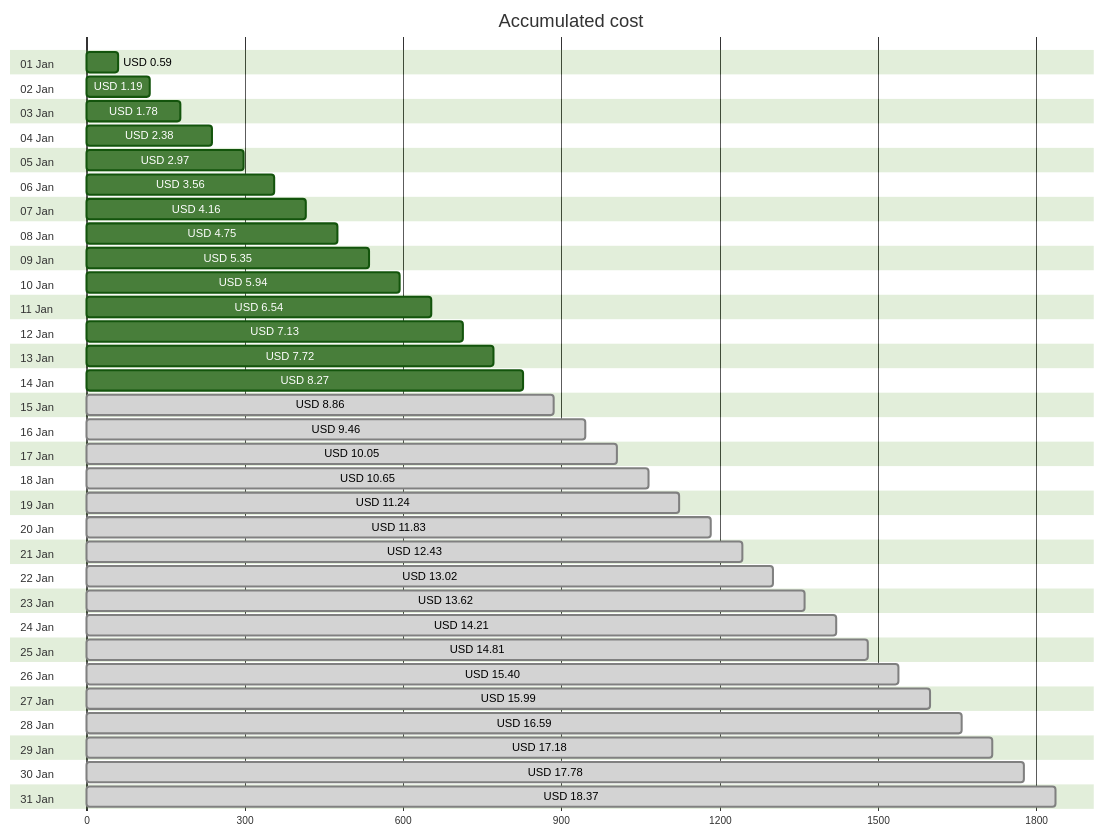
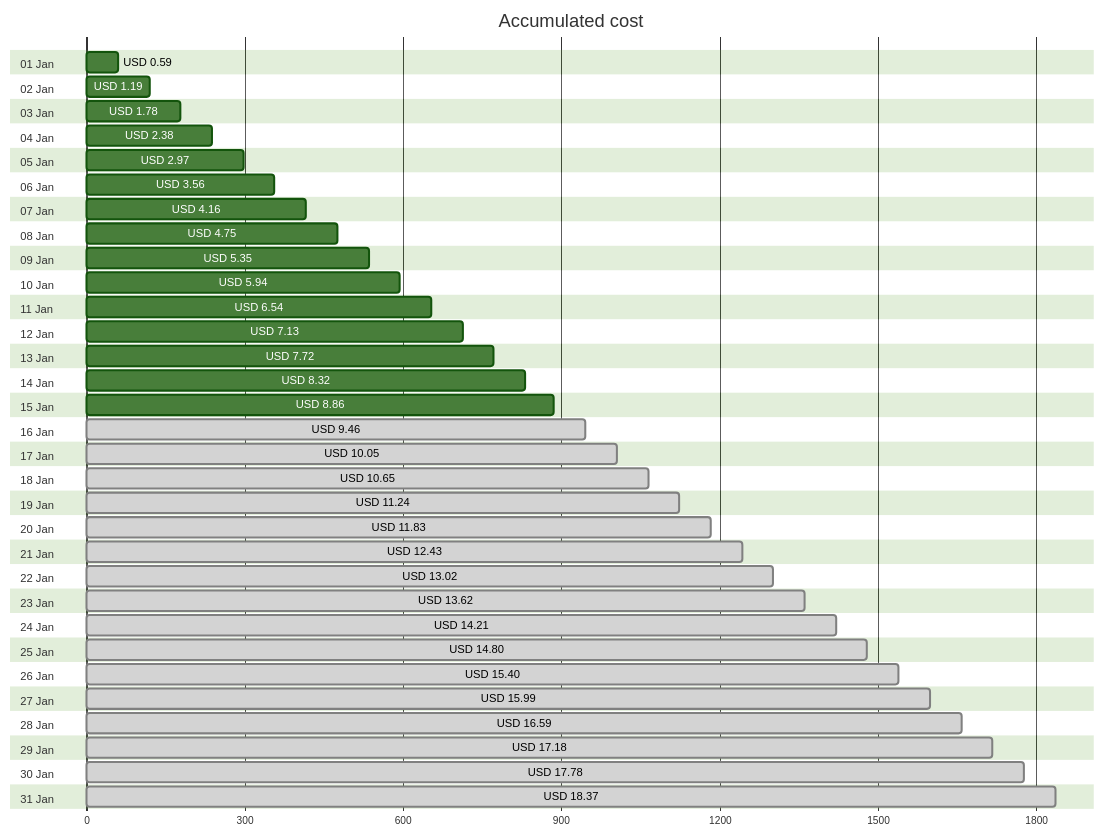
Before and after one commit to jpfulton/azure-personal-reports: the first of 4 diagrams in cost-reports/personal-site/README.md, drawn with Mermaid (forest theme). The commit also changed other lines of this file and 6 other files, not shown here.

````diff
--- a/cost-reports/personal-site/README.md
+++ b/cost-reports/personal-site/README.md
@@ -20,68 +20,68 @@
 ```mermaid
 gantt
    title Accumulated cost
    dateFormat  X
    axisFormat %s
    section 01 Jan
    USD 0.59 :0, 59
    section 02 Jan
    USD 1.19 :0, 119
    section 03 Jan
    USD 1.78 :0, 178
    section 04 Jan
    USD 2.38 :0, 238
    section 05 Jan
    USD 2.97 :0, 297
    section 06 Jan
    USD 3.56 :0, 356
    section 07 Jan
    USD 4.16 :0, 416
    section 08 Jan
    USD 4.75 :0, 475
    section 09 Jan
    USD 5.35 :0, 535
    section 10 Jan
    USD 5.94 :0, 594
    section 11 Jan
    USD 6.54 :0, 654
    section 12 Jan
    USD 7.13 :0, 713
    section 13 Jan
    USD 7.72 :0, 772
    section 14 Jan
-   USD 8.27 :0, 827
+   USD 8.32 :0, 832
    section 15 Jan
-   USD 8.86 : done, 0, 886
+   USD 8.86 :0, 886
    section 16 Jan
    USD 9.46 : done, 0, 946
    section 17 Jan
    USD 10.05 : done, 0, 1005
    section 18 Jan
    USD 10.65 : done, 0, 1065
    section 19 Jan
    USD 11.24 : done, 0, 1124
    section 20 Jan
    USD 11.83 : done, 0, 1183
    section 21 Jan
    USD 12.43 : done, 0, 1243
    section 22 Jan
    USD 13.02 : done, 0, 1302
    section 23 Jan
    USD 13.62 : done, 0, 1362
    section 24 Jan
    USD 14.21 : done, 0, 1421
    section 25 Jan
-   USD 14.81 : done, 0, 1481
+   USD 14.80 : done, 0, 1480
    section 26 Jan
    USD 15.40 : done, 0, 1540
    section 27 Jan
    USD 15.99 : done, 0, 1599
    section 28 Jan
    USD 16.59 : done, 0, 1659
    section 29 Jan
    USD 17.18 : done, 0, 1718
    section 30 Jan
    USD 17.78 : done, 0, 1778
    section 31 Jan
    USD 18.37 : done, 0, 1837
 ```
````
